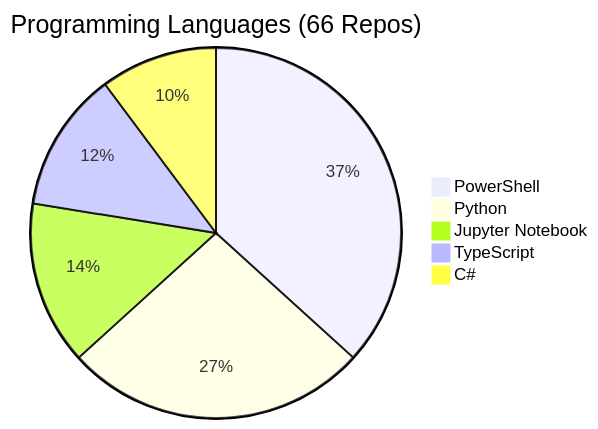
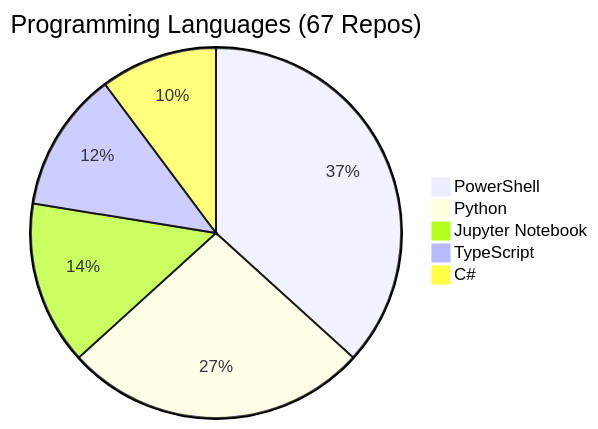
Before and after one commit to fabioc-aloha/fabioc-aloha: the diagram in REPOS.md, drawn with Mermaid. The commit also changed other lines of this file and 1 other file, not shown here.

````diff
--- a/REPOS.md
+++ b/REPOS.md
@@ -109,8 +110,8 @@
 ```mermaid
-pie title Programming Languages (66 Repos)
+pie title Programming Languages (67 Repos)
     "PowerShell" : 18
     "Python" : 13
     "Jupyter Notebook" : 7
     "TypeScript" : 6
     "C#" : 5
 ```
````
